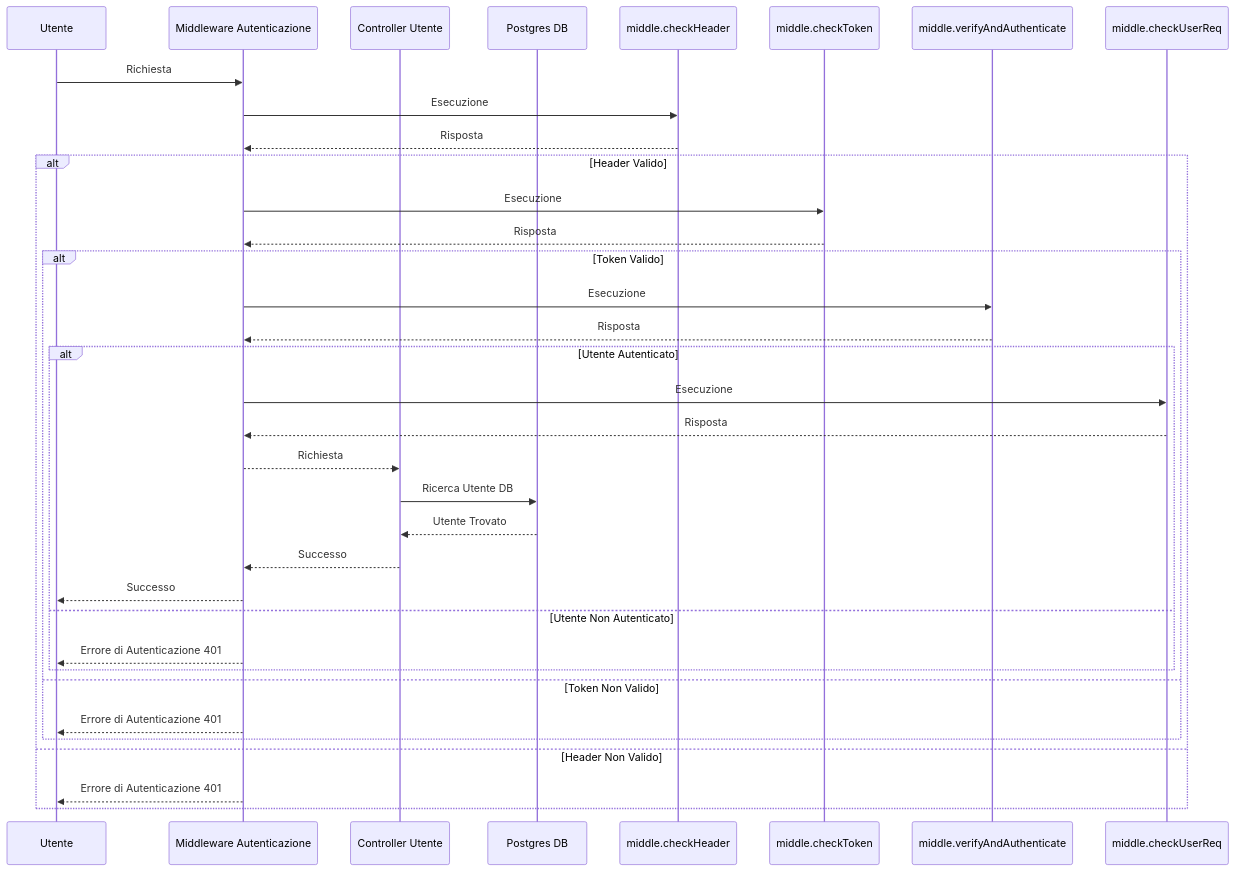
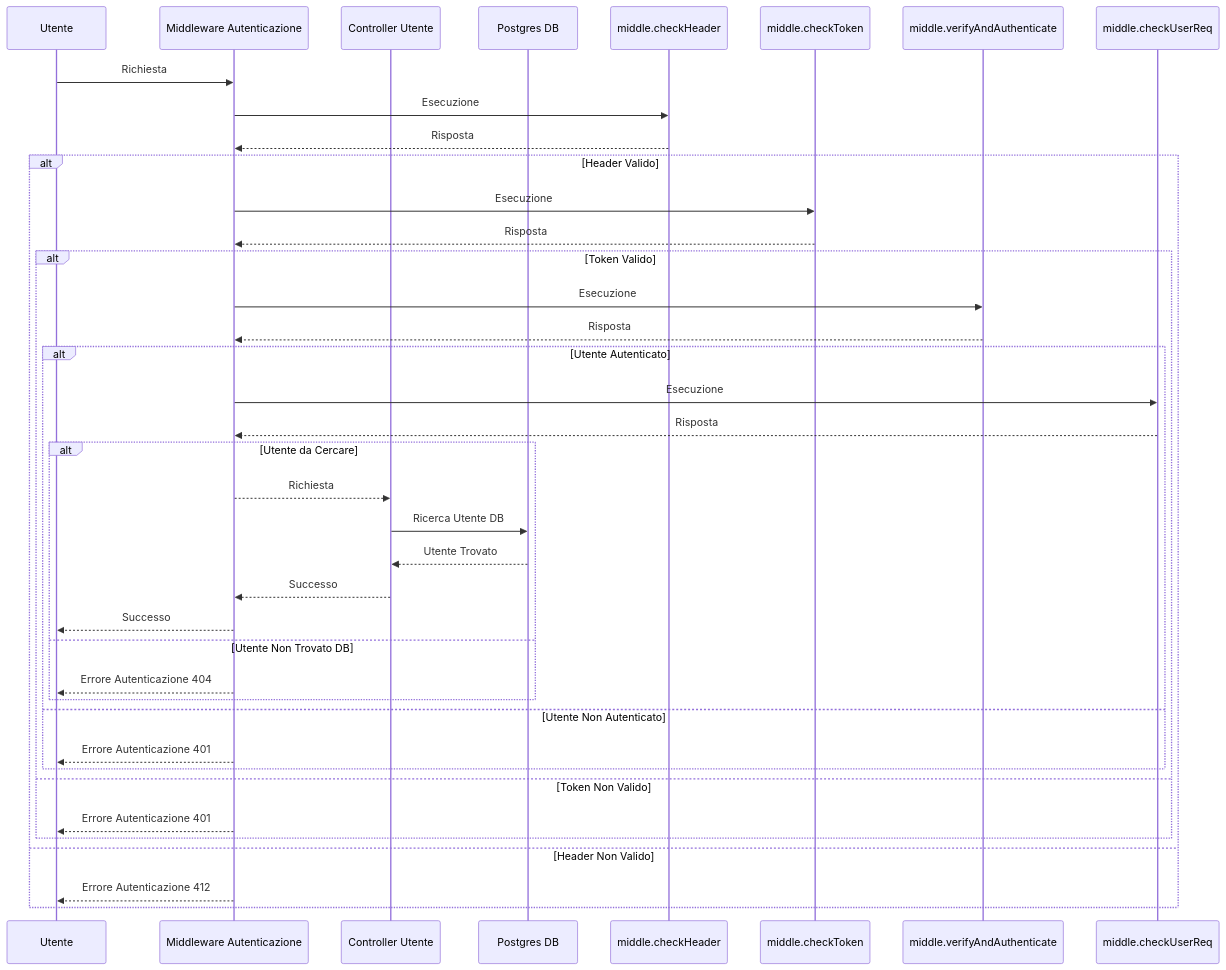
Before and after one commit to alexpaulofficial/progettoProgAvanzata: the first of 2 diagrams in README.md, drawn with Mermaid. The commit also changed other lines of this file and 1 other file, not shown here.

````diff
--- a/README.md
+++ b/README.md
@@ -60,38 +58,41 @@
 ```mermaid
 sequenceDiagram
     participant Utente
     participant middle as Middleware Autenticazione
     participant controllerUser as Controller Utente
     participant dbFindOne as Postgres DB
 
     Utente ->> middle : Richiesta
     middle ->> middle.checkHeader : Esecuzione
     middle.checkHeader -->> middle : Risposta
 
     alt Header Valido
         middle ->> middle.checkToken : Esecuzione
         middle.checkToken -->> middle : Risposta
 
         alt Token Valido
             middle ->> middle.verifyAndAuthenticate : Esecuzione
             middle.verifyAndAuthenticate -->> middle : Risposta
 
             alt Utente Autenticato
                 middle ->> middle.checkUserReq : Esecuzione
                 middle.checkUserReq -->> middle : Risposta
-
-                middle -->> controllerUser : Richiesta
-                controllerUser ->> dbFindOne : Ricerca Utente DB
-                dbFindOne -->> controllerUser : Utente Trovato
-                controllerUser -->> middle : Successo
-                middle -->> Utente : Successo
+                alt Utente da Cercare
+                    middle -->> controllerUser : Richiesta
+                    controllerUser ->> dbFindOne : Ricerca Utente DB
+                    dbFindOne -->> controllerUser : Utente Trovato
+                    controllerUser -->> middle : Successo
+                    middle -->> Utente : Successo
+                 else Utente Non Trovato DB
+                      middle -->> Utente : Errore Autenticazione 404  
+                    end
             else Utente Non Autenticato
-                middle -->> Utente : Errore di Autenticazione 401
+                middle -->> Utente : Errore Autenticazione 401
             end
         else Token Non Valido
-            middle -->> Utente : Errore di Autenticazione 401
+            middle -->> Utente : Errore Autenticazione 401
         end
     else Header Non Valido
-        middle -->> Utente : Errore di Autenticazione 401
+        middle -->> Utente : Errore Autenticazione 412
     end
 ```
````
